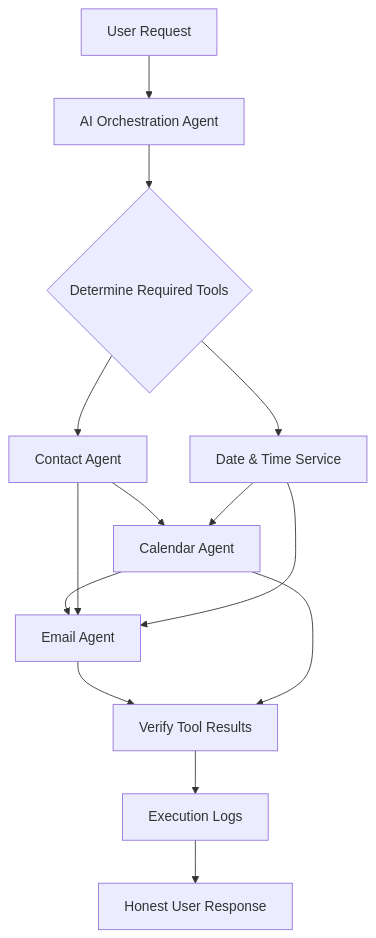
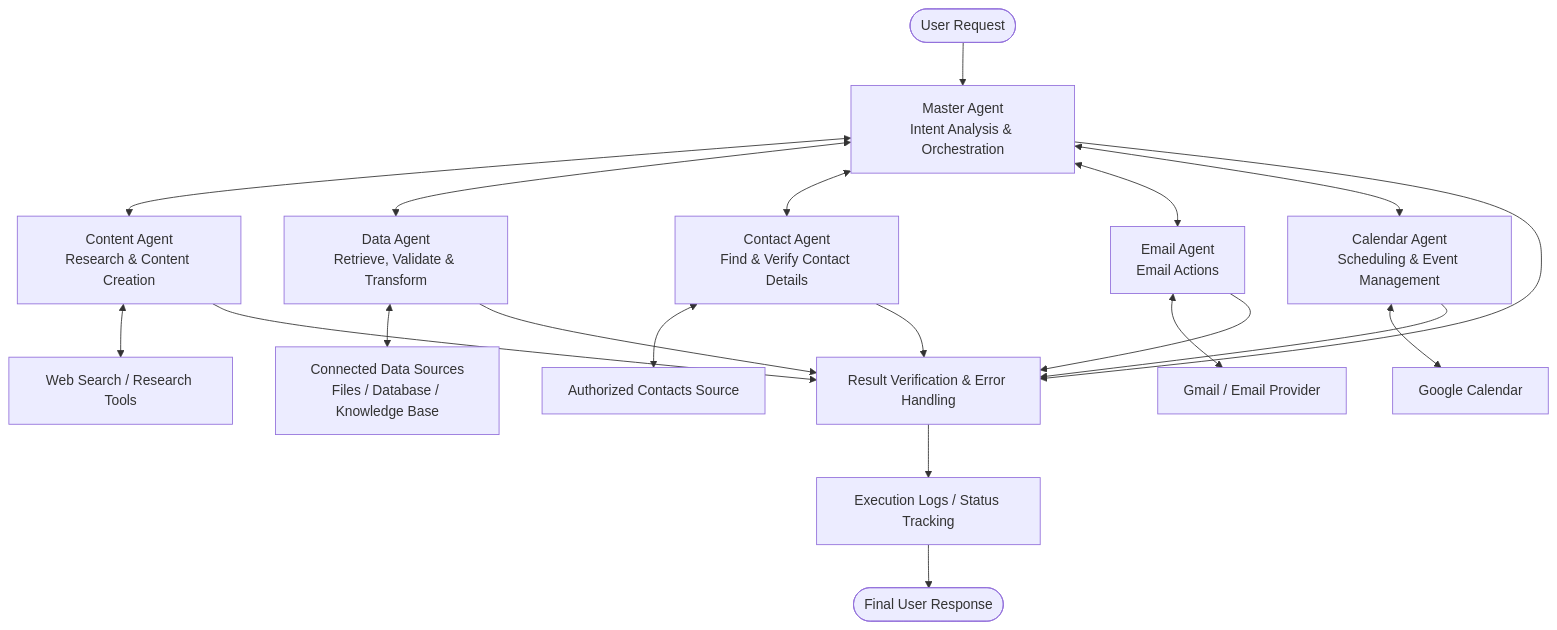
The diagram in README.md (waqas-software-house/AI-Personal-Assistant), drawn with Mermaid before and after one commit. The commit also changed other lines of this file, not shown here.

````diff
--- a/README.md
+++ b/README.md
@@ -49,16 +47,26 @@
 ```mermaid
-flowchart TD
-    U[User Request] --> O[AI Orchestration Agent]
-    O --> P{Determine Required Tools}
-    P --> C[Contact Agent]
-    P --> T[Date & Time Service]
-    C --> K[Calendar Agent]
-    K --> E[Email Agent]
-    C --> E
-    T --> K
-    T --> E
-    E --> V[Verify Tool Results]
-    K --> V
-    V --> L[Execution Logs]
-    L --> R[Honest User Response]
+flowchart TB
+    U([User Request]) --> M[Master Agent<br/>Intent Analysis & Orchestration]
+
+    M <--> CA[Content Agent<br/>Research & Content Creation]
+    M <--> DA[Data Agent<br/>Retrieve, Validate & Transform]
+    M <--> CO[Contact Agent<br/>Find & Verify Contact Details]
+    M <--> EM[Email Agent<br/>Email Actions]
+    M <--> CAL[Calendar Agent<br/>Scheduling & Event Management]
+
+    CA <--> WEB[Web Search / Research Tools]
+    DA <--> DATA[Connected Data Sources<br/>Files / Database / Knowledge Base]
+    CO <--> CONTACTS[Authorized Contacts Source]
+    EM <--> GMAIL[Gmail / Email Provider]
+    CAL <--> GC[Google Calendar]
+
+    M --> V[Result Verification & Error Handling]
+    CA --> V
+    DA --> V
+    CO --> V
+    EM --> V
+    CAL --> V
+
+    V --> LOG[Execution Logs / Status Tracking]
+    LOG --> R([Final User Response])
 ```
````
